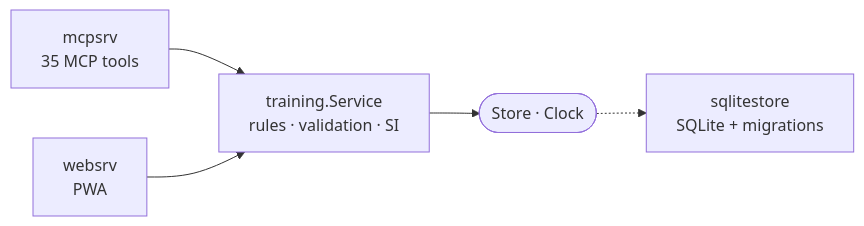
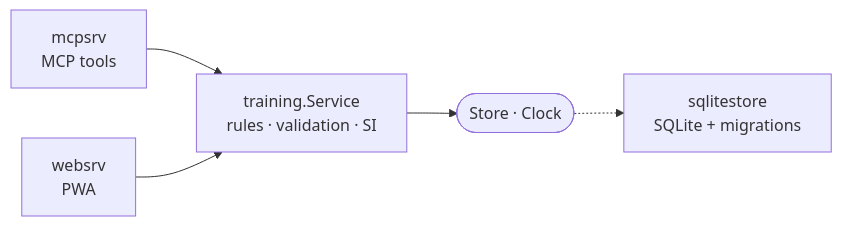
One commit to FullFran/training-mcp changed the diagram in README.md. Above: the diagram before and after it, drawn with Mermaid. The commit also changed other lines of this file and 10 other files, not shown here.

````diff
--- a/README.md
+++ b/README.md
@@ -73,7 +93,7 @@
 ```mermaid
 flowchart LR
-    MCP["mcpsrv<br/>35 MCP tools"] --> SVC
+    MCP["mcpsrv<br/>MCP tools"] --> SVC
     WEB["websrv<br/>PWA"] --> SVC
     SVC["training.Service<br/>rules · validation · SI"] --> PORT(["Store · Clock"])
     PORT -.-> SQL["sqlitestore<br/>SQLite + migrations"]
 ```
````
